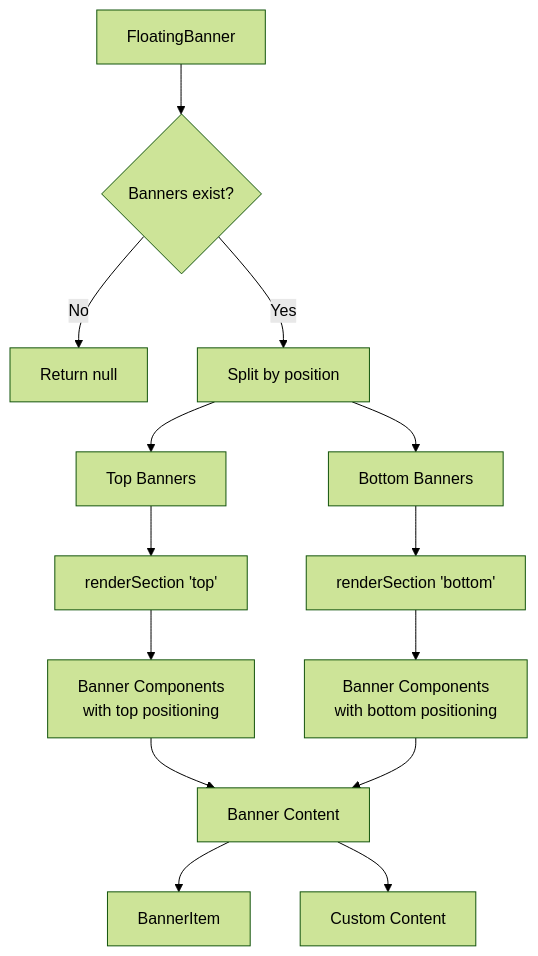
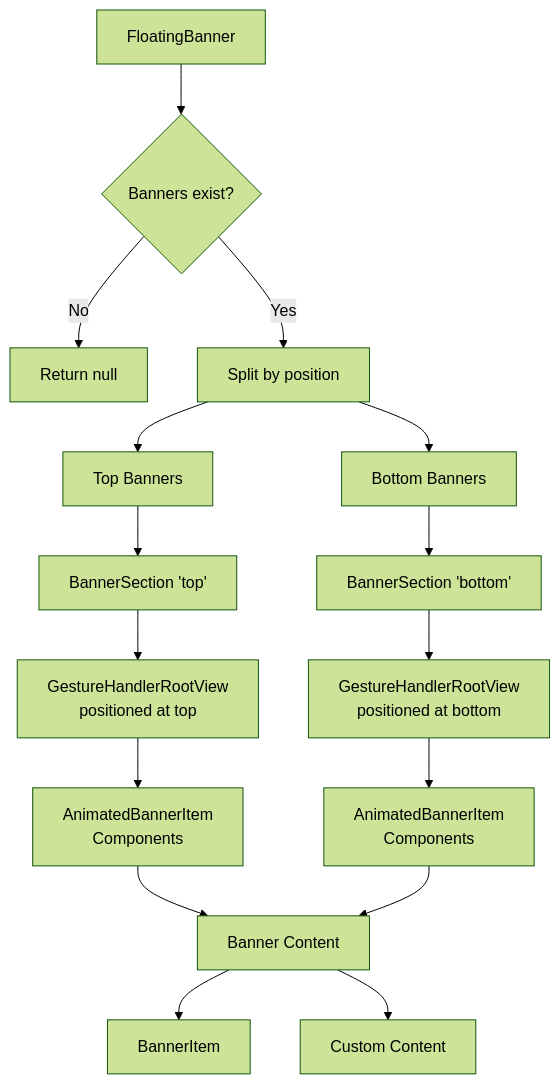
The third of 8 diagrams in floating-banner.md (mattermost/mattermost-mobile), drawn with Mermaid (forest theme) before and after one commit. The commit also changed other lines of this file and 10 other files, not shown here.

````diff
--- a/floating-banner.md
+++ b/floating-banner.md
@@ -90,21 +96,24 @@
 ```mermaid
 flowchart TD
     FB[FloatingBanner] --> CHECK{Banners exist?}
     CHECK -->|No| NULL[Return null]
     CHECK -->|Yes| SPLIT[Split by position]
     
     SPLIT --> TOP[Top Banners]
     SPLIT --> BOTTOM[Bottom Banners]
     
-    TOP --> RTOP[renderSection 'top']
-    BOTTOM --> RBOTTOM[renderSection 'bottom']
+    TOP --> BSTOP[BannerSection 'top']
+    BOTTOM --> BSBOTTOM[BannerSection 'bottom']
     
-    RTOP --> BTOP[Banner Components<br/>with top positioning]
-    RBOTTOM --> BBOTTOM[Banner Components<br/>with bottom positioning]
+    BSTOP --> GHRTOP[GestureHandlerRootView<br/>positioned at top]
+    BSBOTTOM --> GHRBOTTOM[GestureHandlerRootView<br/>positioned at bottom]
     
-    BTOP --> CONTENT[Banner Content]
-    BBOTTOM --> CONTENT
+    GHRTOP --> ABTOP[AnimatedBannerItem<br/>Components]
+    GHRBOTTOM --> ABBOTTOM[AnimatedBannerItem<br/>Components]
+    
+    ABTOP --> CONTENT[Banner Content]
+    ABBOTTOM --> CONTENT
     
     CONTENT --> BI[BannerItem]
     CONTENT --> CUSTOM[Custom Content]
 ```
````
